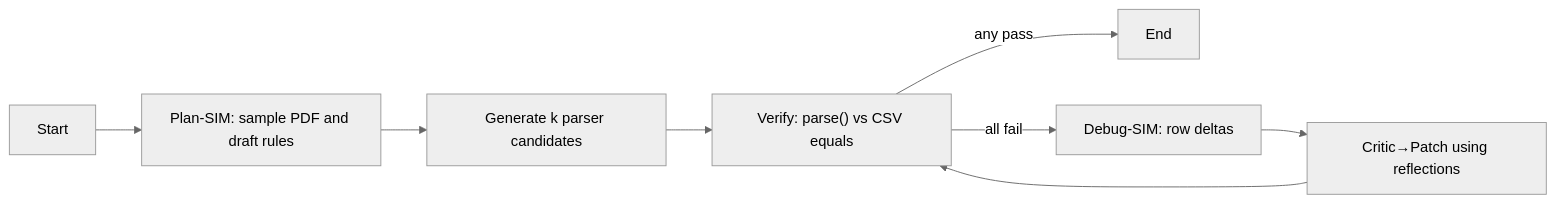
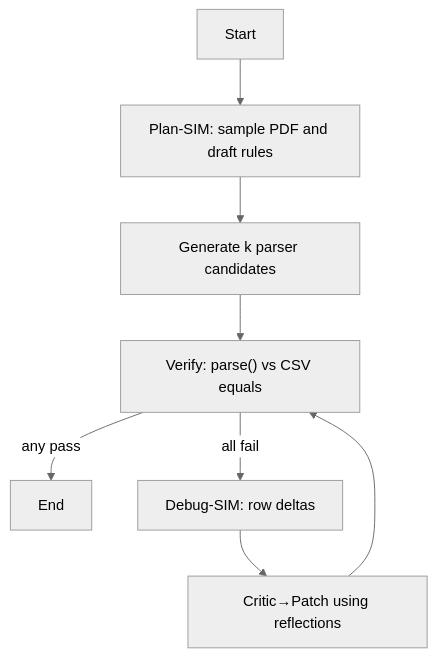
One commit to adysinghh/ai-agent-challenge changed the diagram in README.md. Above: the diagram before and after it, drawn with Mermaid (neutral theme).

````diff
--- a/README.md
+++ b/README.md
@@ -47,10 +47,10 @@
 ```mermaid
-flowchart LR
+flowchart TB
   A[Start] --> B["Plan-SIM: sample PDF and draft rules"]
   B --> C["Generate k parser candidates"]
   C --> D["Verify: parse() vs CSV equals"]
   D -->|any pass| G[End]
   D -->|all fail| E["Debug-SIM: row deltas"]
   E --> F["Critic→Patch using reflections"]
   F --> D
 ```
````
